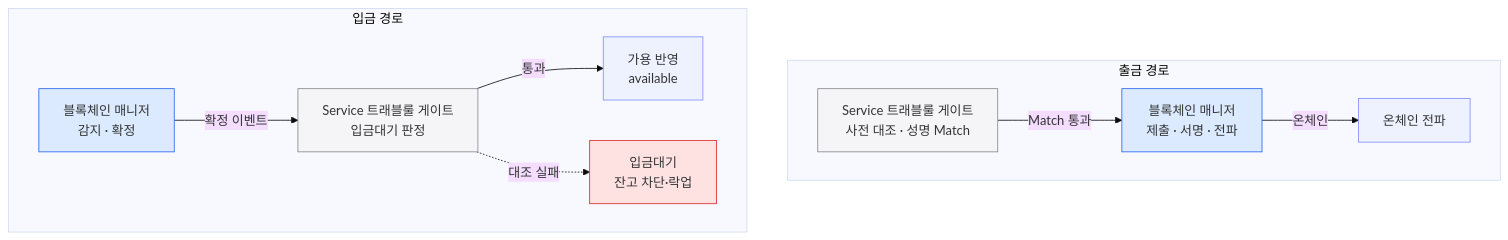
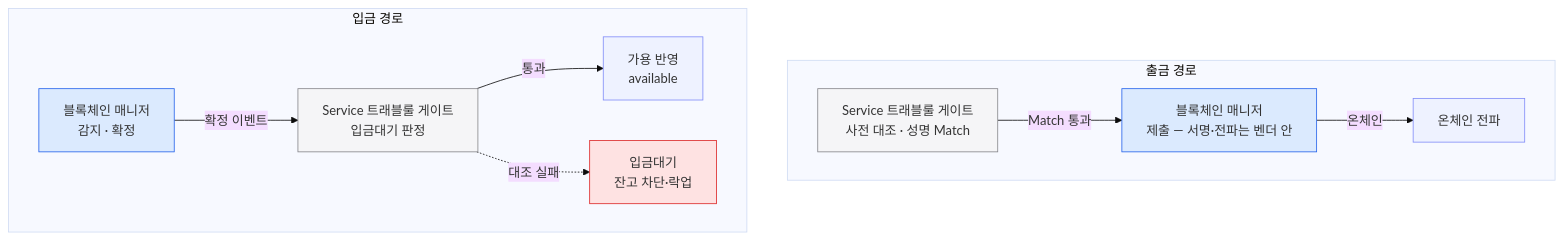
One commit to eunsujeo/eunpus changed the diagram in blockchain-manager/docs/트래블룰/개념/08-design-and-canton.md. Above: the diagram before and after it, drawn with Mermaid (base theme). The commit also changed other lines of this file and 2 other files, not shown here.

Commit message:
트래블룰 개념 — 설계 세트 정합 역반영: 게이트웨이 한계·서명 주체·설계 세트 다리
- 03: 상호운용 해법에 게이트웨이 한계 caveat (GTR·CODE 미브릿지 · VerifyVASP 라이브 불확실) + 설계 9·10장 링크
- 08: 다이어그램 '제출·서명·전파' → '제출 — 서명·전파는 벤더 안' (설계 정본 정합)
- 00·08: 개념 → 트래블룰 설계 세트로의 다리 추가

````diff
--- a/blockchain-manager/docs/트래블룰/개념/08-design-and-canton.md
+++ b/blockchain-manager/docs/트래블룰/개념/08-design-and-canton.md
@@ -29,27 +29,27 @@
 ```mermaid
 flowchart TB
     subgraph OUT["출금 경로"]
       direction LR
       OG["Service 트래블룰 게이트<br/>사전 대조 · 성명 Match"]
-      OBM["블록체인 매니저<br/>제출 · 서명 · 전파"]
+      OBM["블록체인 매니저<br/>제출 — 서명·전파는 벤더 안"]
       OG -->|Match 통과| OBM
       OBM -->|온체인| OCHAIN["온체인 전파"]
     end
     subgraph IN["입금 경로"]
       direction LR
       IBM["블록체인 매니저<br/>감지 · 확정"]
       IG["Service 트래블룰 게이트<br/>입금대기 판정"]
       IBM -->|확정 이벤트| IG
       IG -->|통과| AVAIL["가용 반영<br/>available"]
       IG -.->|대조 실패| HOLD["입금대기<br/>잔고 차단·락업"]
     end
 
     classDef gate fill:#f5f5f7,stroke:#86868b;
     classDef mgr fill:#dbeafe,stroke:#2563eb;
     classDef ext fill:#eef2ff,stroke:#818cf8;
     classDef hold fill:#fee2e2,stroke:#dc2626;
     class OG,IG gate
     class OBM,IBM mgr
     class OCHAIN,AVAIL ext
     class HOLD hold
 ```
````
